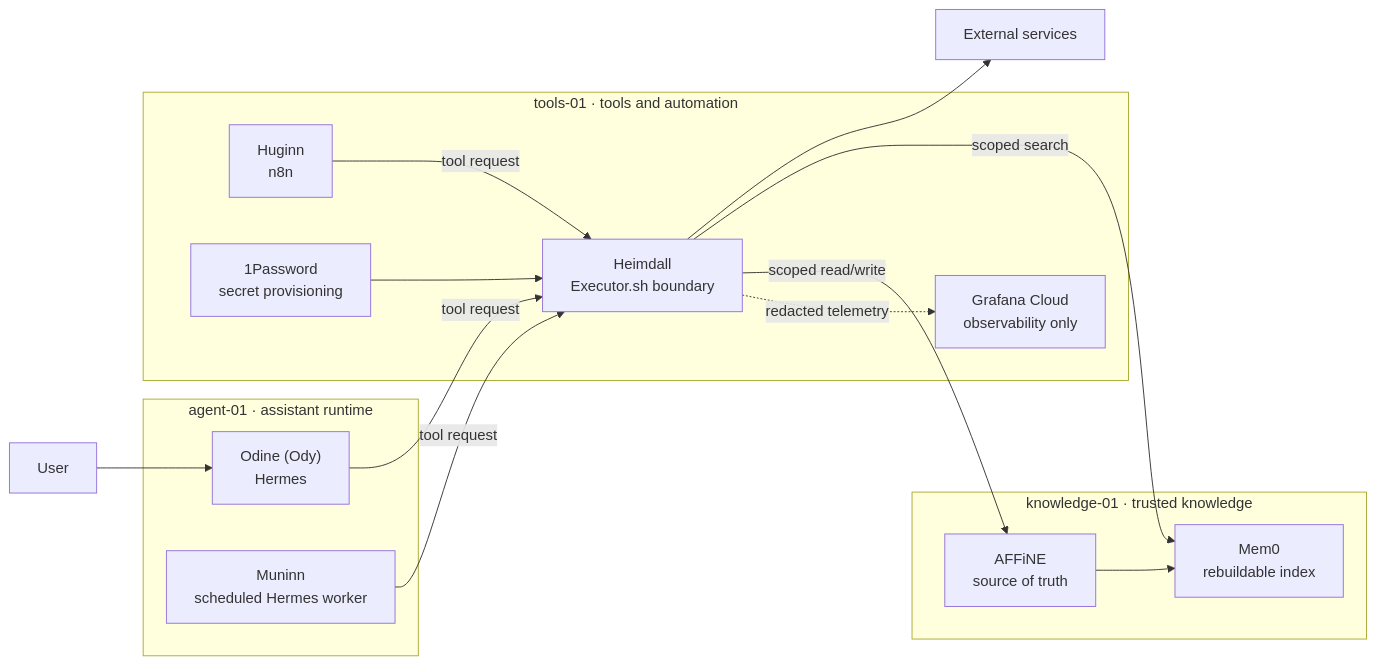
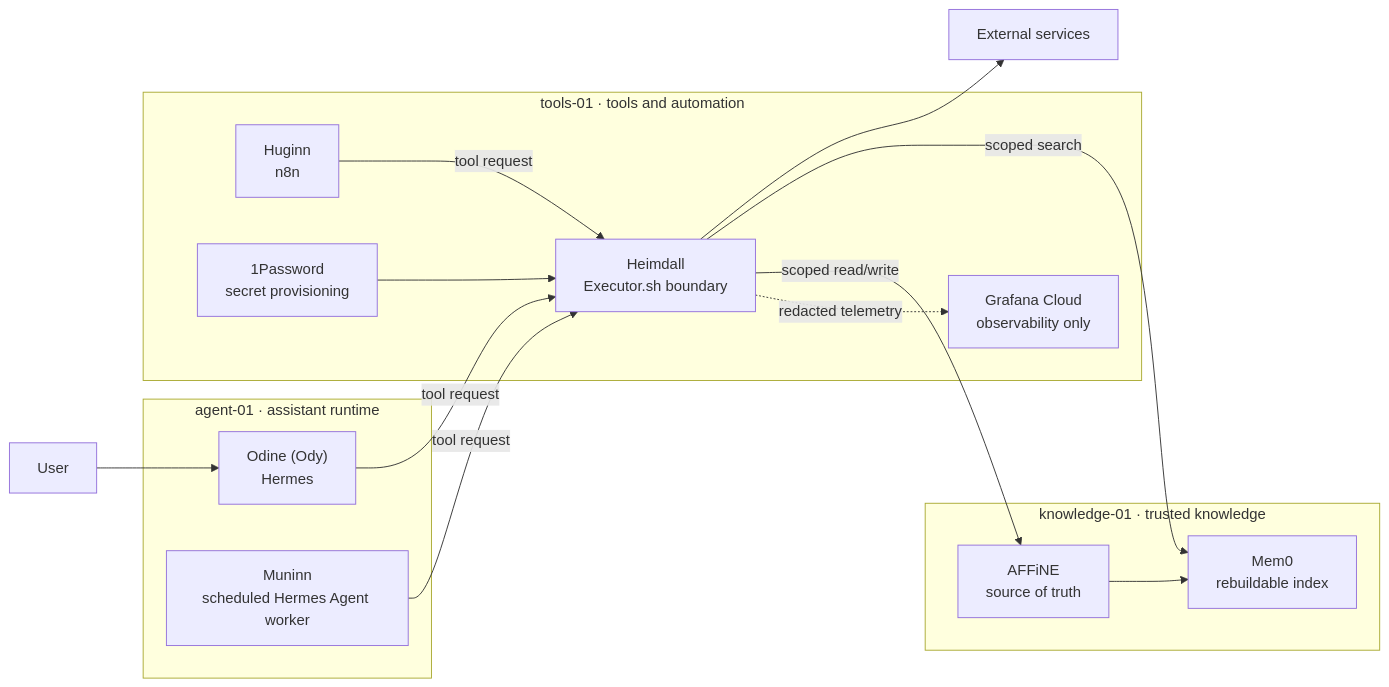
The diagram in README.md (wan0net/asgard), drawn with Mermaid before and after one commit. The commit also changed other lines of this file and 4 other files, not shown here.

````diff
--- a/README.md
+++ b/README.md
@@ -40,31 +40,31 @@
 ```mermaid
 flowchart LR
     User["User"] --> Ody["Odine (Ody)<br/>Hermes"]
 
     subgraph Agent["agent-01 · assistant runtime"]
         Ody
-        Muninn["Muninn<br/>scheduled Hermes worker"]
+        Muninn["Muninn<br/>scheduled Hermes Agent worker"]
     end
 
     subgraph Knowledge["knowledge-01 · trusted knowledge"]
         Affine["AFFiNE<br/>source of truth"]
         Mem0["Mem0<br/>rebuildable index"]
         Affine --> Mem0
     end
 
     subgraph Tools["tools-01 · tools and automation"]
         Heimdall["Heimdall<br/>Executor.sh boundary"]
         Huginn["Huginn<br/>n8n"]
         Secrets["1Password<br/>secret provisioning"]
         Telemetry["Grafana Cloud<br/>observability only"]
         Secrets --> Heimdall
         Heimdall -. redacted telemetry .-> Telemetry
     end
 
     Ody -->|"tool request"| Heimdall
     Muninn -->|"tool request"| Heimdall
     Huginn -->|"tool request"| Heimdall
     Heimdall -->|"scoped read/write"| Affine
     Heimdall -->|"scoped search"| Mem0
     Heimdall --> External["External services"]
 ```
````
